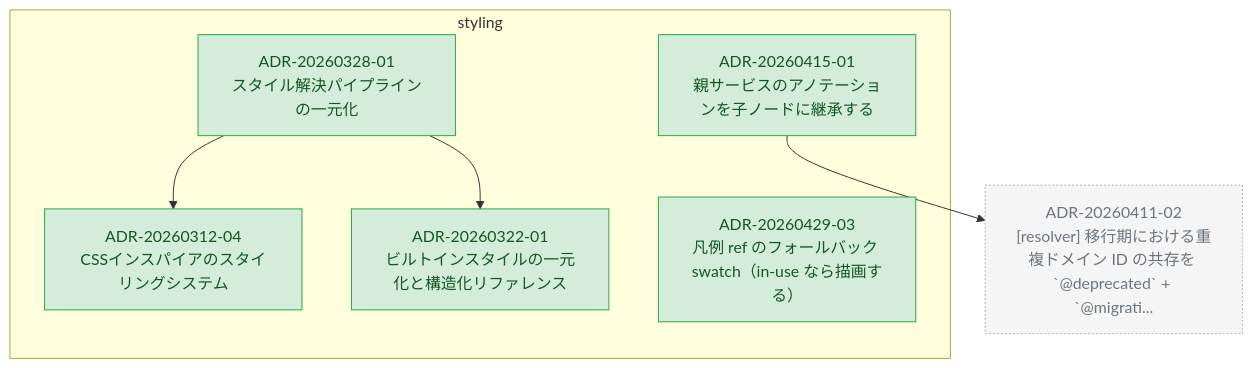
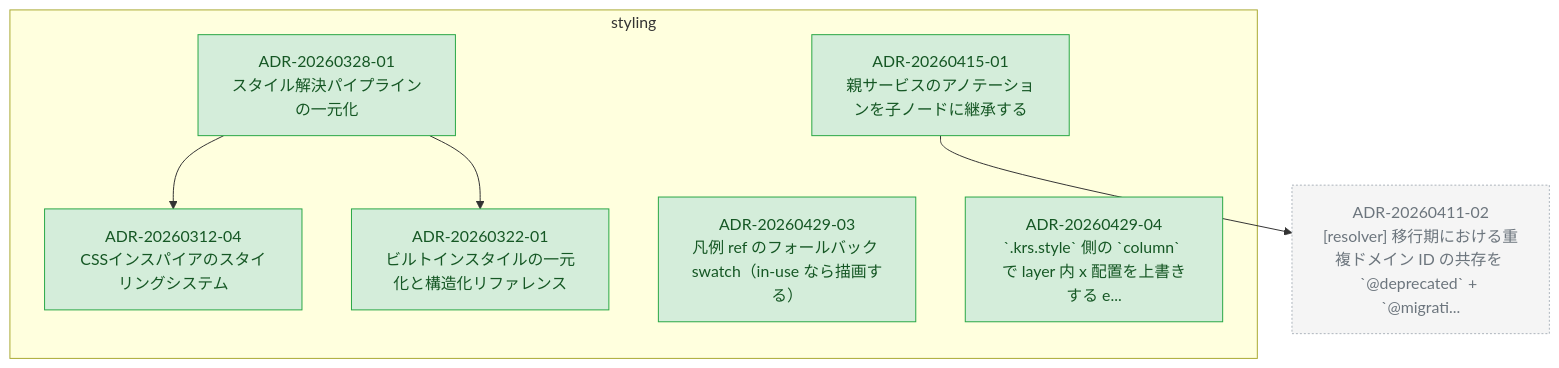
Before and after one commit to kompiro/karasu: the diagram in docs/adr/graph/styling.md, drawn with Mermaid. The commit also changed other lines of this file and 4 other files, not shown here.

````diff
--- a/docs/adr/graph/styling.md
+++ b/docs/adr/graph/styling.md
@@ -6,27 +6,29 @@
 ```mermaid
 flowchart TD
   subgraph styling["styling"]
     ADR_20260312_04["ADR-20260312-04<br/>CSSインスパイアのスタイリングシステム"]
     ADR_20260322_01["ADR-20260322-01<br/>ビルトインスタイルの一元化と構造化リファレンス"]
     ADR_20260328_01["ADR-20260328-01<br/>スタイル解決パイプラインの一元化"]
     ADR_20260415_01["ADR-20260415-01<br/>親サービスのアノテーションを子ノードに継承する"]
     ADR_20260429_03["ADR-20260429-03<br/>凡例 ref のフォールバック swatch（in-use なら描画する）"]
+    ADR_20260429_04["ADR-20260429-04<br/>`.krs.style` 側の `column` で layer 内 x 配置を上書きする e..."]
   end
   ADR_20260411_02["ADR-20260411-02<br/>[resolver] 移行期における重複ドメイン ID の共存を `@deprecated` + `@migrati..."]
   ADR_20260328_01 --> ADR_20260312_04
   ADR_20260328_01 --> ADR_20260322_01
   ADR_20260415_01 --> ADR_20260411_02
 
   classDef accepted fill:#d4edda,stroke:#28a745,color:#155724
   classDef proposed fill:#fff3cd,stroke:#ffc107,color:#856404
   classDef deprecated fill:#f8d7da,stroke:#dc3545,color:#721c24
   classDef superseded fill:#e2e3e5,stroke:#6c757d,color:#383d41
   classDef not_adopted fill:#e2e3e5,stroke:#6c757d,color:#383d41,stroke-dasharray:3 3
   classDef ghost fill:#f5f5f5,stroke:#adb5bd,color:#6c757d,stroke-dasharray:2 2
   class ADR_20260312_04 accepted
   class ADR_20260322_01 accepted
   class ADR_20260328_01 accepted
   class ADR_20260415_01 accepted
   class ADR_20260429_03 accepted
+  class ADR_20260429_04 accepted
   class ADR_20260411_02 ghost
 ```
````
